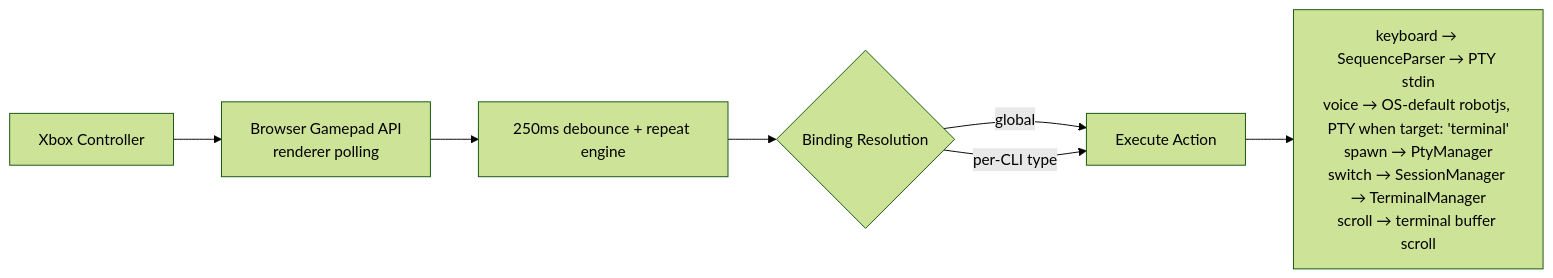
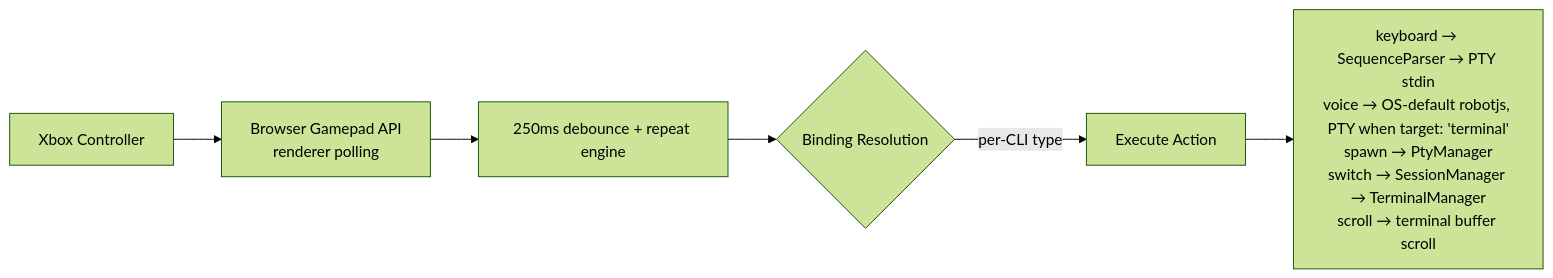
The second of 3 diagrams in .github/copilot-instructions.md (PetePeter/gamepad-cli-hub), drawn with Mermaid (forest theme) before and after one commit. The commit also changed other lines of this file and 15 other files, not shown here.

````diff
--- a/.github/copilot-instructions.md
+++ b/.github/copilot-instructions.md
@@ -58,9 +58,8 @@
 ```mermaid
 flowchart LR
     A[Xbox Controller] --> B[Browser Gamepad API<br/>renderer polling]
     B --> C[250ms debounce + repeat engine]
     C --> D{Binding Resolution}
-    D -->|global| E[Execute Action]
-    D -->|per-CLI type| E
+    D -->|per-CLI type| E[Execute Action]
     E --> F[keyboard → SequenceParser → PTY stdin<br/>voice → OS-default robotjs, PTY when target: 'terminal'<br/>spawn → PtyManager<br/>switch → SessionManager → TerminalManager<br/>scroll → terminal buffer scroll]
 ```
````
